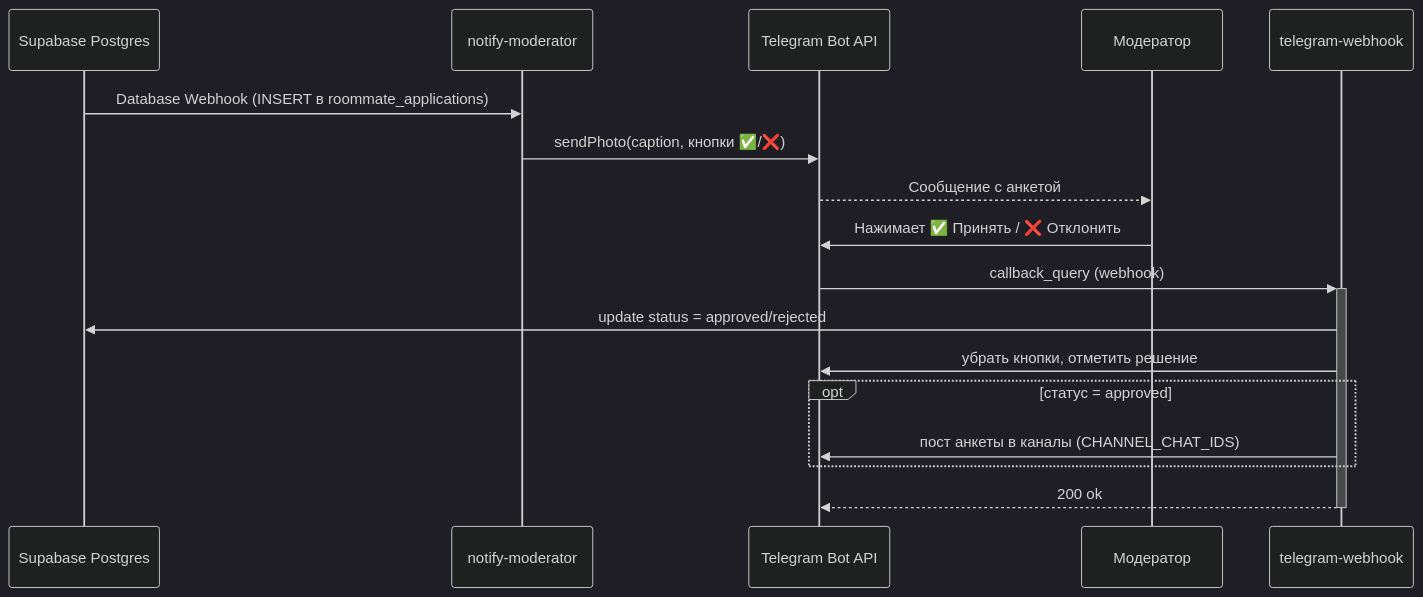
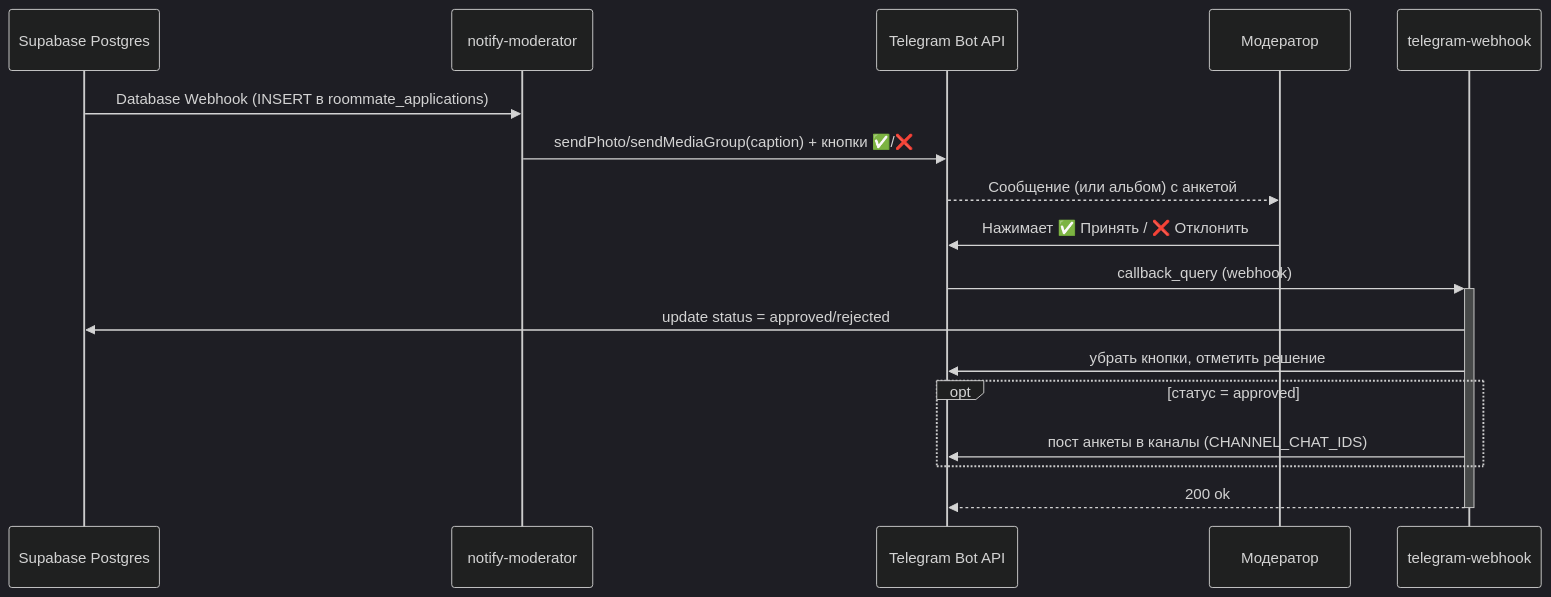
Before and after one commit to MrFl0x/TelApp: the second of 3 diagrams in README.md, drawn with Mermaid (dark theme). The commit also changed other lines of this file and 5 other files, not shown here.

First line of the commit message:
Raise photo limit to 5 and group them into one album

````diff
--- a/README.md
+++ b/README.md
@@ -48,19 +48,19 @@
 ```mermaid
 sequenceDiagram
     participant DB as Supabase Postgres
     participant NM as notify-moderator
     participant TG as Telegram Bot API
     participant Mod as Модератор
 
     DB->>NM: Database Webhook (INSERT в roommate_applications)
-    NM->>TG: sendPhoto(caption, кнопки ✅/❌)
-    TG-->>Mod: Сообщение с анкетой
+    NM->>TG: sendPhoto/sendMediaGroup(caption) + кнопки ✅/❌
+    TG-->>Mod: Сообщение (или альбом) с анкетой
     Mod->>TG: Нажимает ✅ Принять / ❌ Отклонить
     TG->>+telegram-webhook: callback_query (webhook)
     telegram-webhook->>DB: update status = approved/rejected
     telegram-webhook->>TG: убрать кнопки, отметить решение
     opt статус = approved
         telegram-webhook->>TG: пост анкеты в каналы (CHANNEL_CHAT_IDS)
     end
     telegram-webhook-->>-TG: 200 ok
 ```
````
